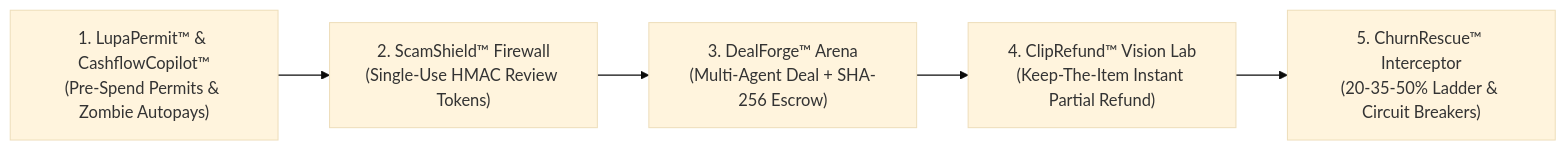
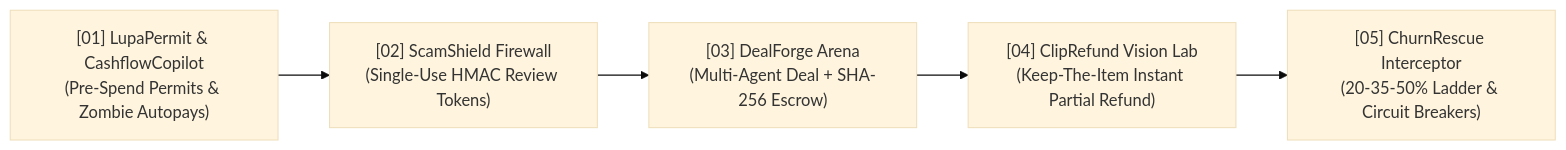
One commit to A-P-S-Bhaidav/PayPal_Hackathon changed the diagram in README.md. Above: the diagram before and after it, drawn with Mermaid (base theme). The commit also changed other lines of this file and 17 other files, not shown here.

````diff
--- a/README.md
+++ b/README.md
@@ -20,10 +23,10 @@
 ```mermaid
 flowchart LR
-    S1["1. LupaPermit™ & CashflowCopilot™\n(Pre-Spend Permits & Zombie Autopays)"]
-    S2["2. ScamShield™ Firewall\n(Single-Use HMAC Review Tokens)"]
-    S3["3. DealForge™ Arena\n(Multi-Agent Deal + SHA-256 Escrow)"]
-    S4["4. ClipRefund™ Vision Lab\n(Keep-The-Item Instant Partial Refund)"]
-    S5["5. ChurnRescue™ Interceptor\n(20-35-50% Ladder & Circuit Breakers)"]
+    S1["[01] LupaPermit & CashflowCopilot\n(Pre-Spend Permits & Zombie Autopays)"]
+    S2["[02] ScamShield Firewall\n(Single-Use HMAC Review Tokens)"]
+    S3["[03] DealForge Arena\n(Multi-Agent Deal + SHA-256 Escrow)"]
+    S4["[04] ClipRefund Vision Lab\n(Keep-The-Item Instant Partial Refund)"]
+    S5["[05] ChurnRescue Interceptor\n(20-35-50% Ladder & Circuit Breakers)"]
 
     S1 --> S2 --> S3 --> S4 --> S5
 ```
````
